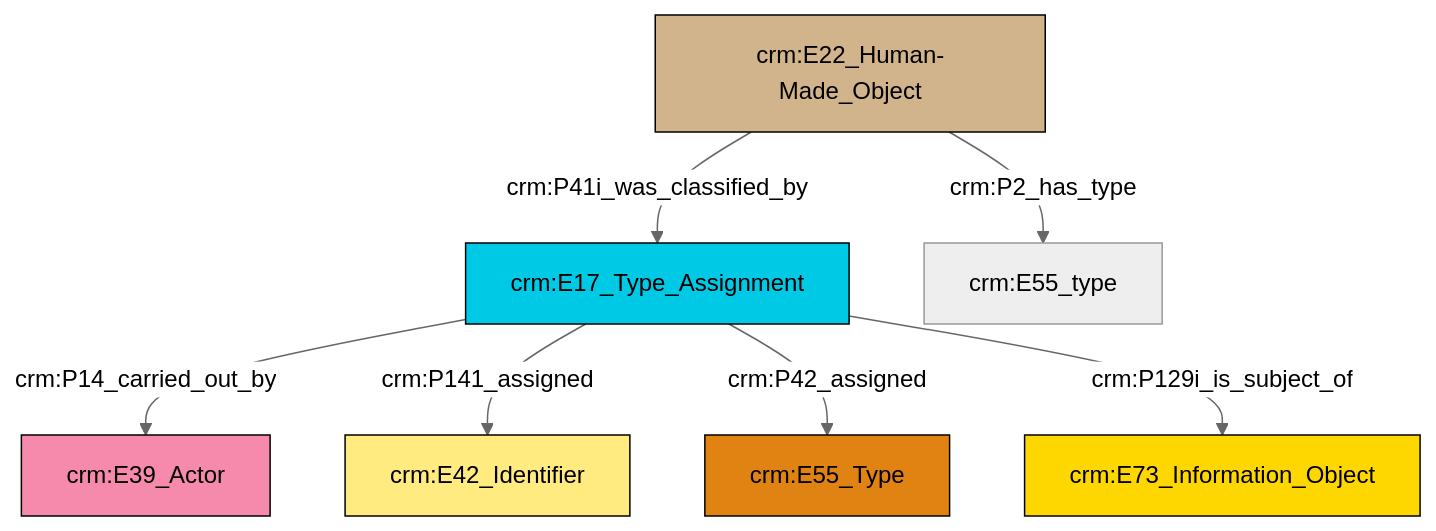
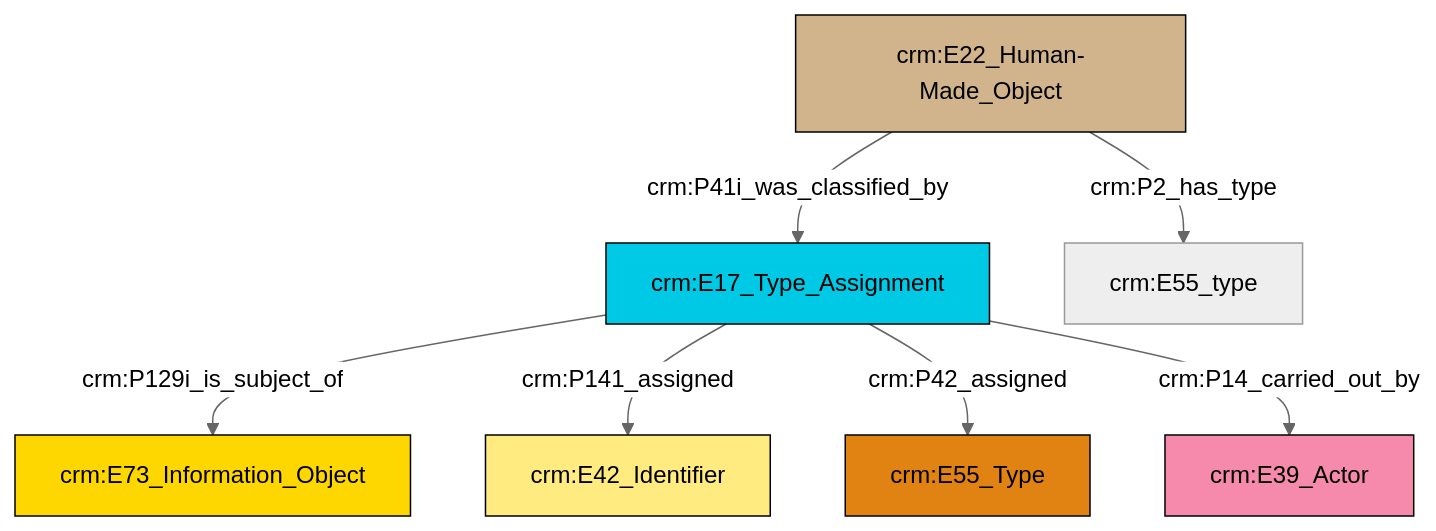
The diagram in et/builtWorkCSV/ttl/mmd/Built_Work_designation_status.ttl.mmd (swiss-art-research-net/reference-data-models), drawn with Mermaid (neutral theme) before and after one commit. The commit also changed 126 other files, not shown here.

```diff
--- a/et/builtWorkCSV/ttl/mmd/Built_Work_designation_status.ttl.mmd
+++ b/et/builtWorkCSV/ttl/mmd/Built_Work_designation_status.ttl.mmd
@@ -1,21 +1,21 @@
 graph TD
 classDef Literal fill:#f2f2f2,stroke:#000000;
 classDef CRM_Entity fill:#FFFFFF,stroke:#000000;
 classDef Temporal_Entity fill:#00C9E6, stroke:#000000;
 classDef Type fill:#E18312, stroke:#000000;
 classDef Time-Span fill:#2C9C91, stroke:#000000;
 classDef Appellation fill:#FFEB7F, stroke:#000000;
 classDef Place fill:#008836, stroke:#000000;
 classDef Persistent_Item fill:#B266B2, stroke:#000000;
 classDef Conceptual_Object fill:#FFD700, stroke:#000000;
 classDef Physical_Thing fill:#D2B48C, stroke:#000000;
 classDef Actor fill:#f58aad, stroke:#000000;
 classDef PC_Classes fill:#4ce600, stroke:#000000;
 classDef Multi fill:#cccccc,stroke:#000000;
 
-2["crm:E22_Human-Made_Object"]:::Physical_Thing -->|crm:P41i_was_classified_by| 4["crm:E17_Type_Assignment"]:::Temporal_Entity
-4["crm:E17_Type_Assignment"]:::Temporal_Entity -->|crm:P14_carried_out_by| 5["crm:E39_Actor"]:::Actor
-2["crm:E22_Human-Made_Object"]:::Physical_Thing -->|crm:P2_has_type| 12["crm:E55_type"]:::Default
-4["crm:E17_Type_Assignment"]:::Temporal_Entity -->|crm:P141_assigned| 8["crm:E42_Identifier"]:::Appellation
-4["crm:E17_Type_Assignment"]:::Temporal_Entity -->|crm:P42_assigned| 0["crm:E55_Type"]:::Type
-4["crm:E17_Type_Assignment"]:::Temporal_Entity -->|crm:P129i_is_subject_of| 10["crm:E73_Information_Object"]:::Conceptual_Object
+2["crm:E17_Type_Assignment"]:::Temporal_Entity -->|crm:P129i_is_subject_of| 0["crm:E73_Information_Object"]:::Conceptual_Object
+2["crm:E17_Type_Assignment"]:::Temporal_Entity -->|crm:P141_assigned| 3["crm:E42_Identifier"]:::Appellation
+2["crm:E17_Type_Assignment"]:::Temporal_Entity -->|crm:P42_assigned| 4["crm:E55_Type"]:::Type
+5["crm:E22_Human-Made_Object"]:::Physical_Thing -->|crm:P2_has_type| 6["crm:E55_type"]:::Default
+5["crm:E22_Human-Made_Object"]:::Physical_Thing -->|crm:P41i_was_classified_by| 2["crm:E17_Type_Assignment"]:::Temporal_Entity
+2["crm:E17_Type_Assignment"]:::Temporal_Entity -->|crm:P14_carried_out_by| 11["crm:E39_Actor"]:::Actor
```
